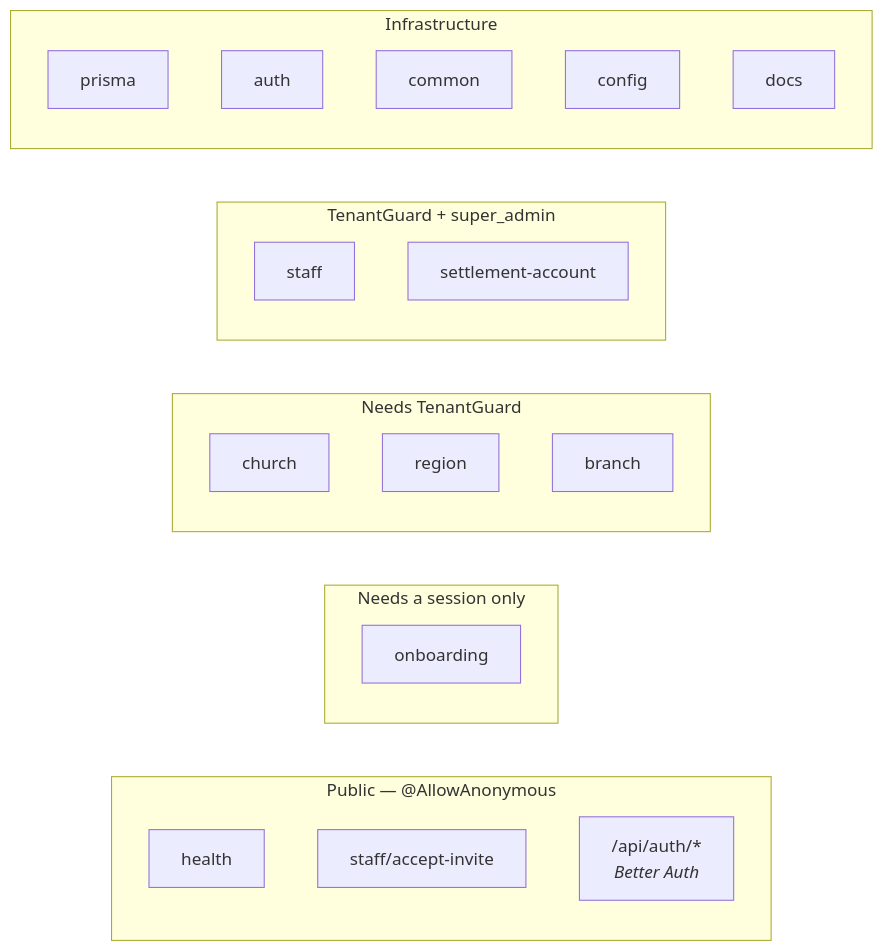
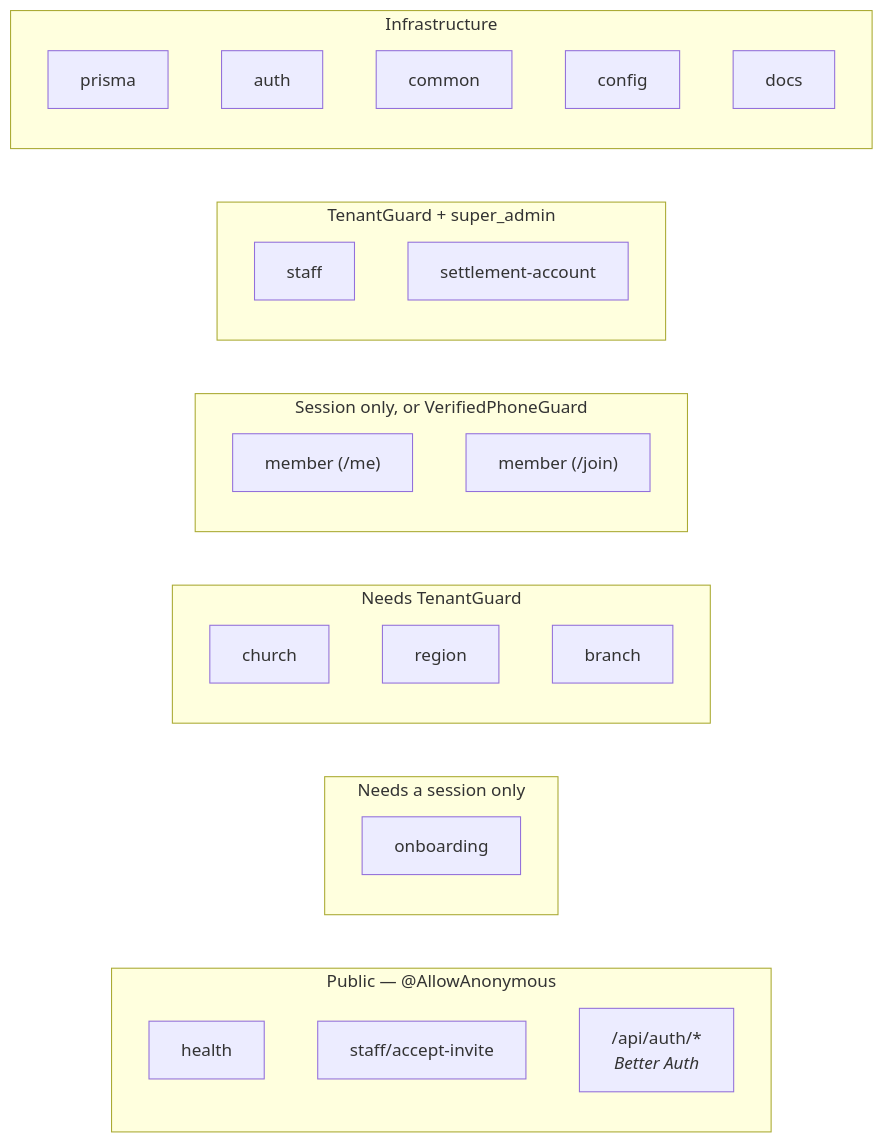
One commit to chuba-cn/koru changed the third of 4 diagrams in docs/architecture.md. Above: the diagram before and after it, drawn with Mermaid. The commit also changed other lines of this file and 23 other files, not shown here.

````diff
--- a/docs/architecture.md
+++ b/docs/architecture.md
@@ -108,31 +108,36 @@
 ```mermaid
 graph LR
     subgraph public["Public — @AllowAnonymous"]
         health["health"]
         accept["staff/accept-invite"]
         ba["/api/auth/*<br/><i>Better Auth</i>"]
     end
 
     subgraph session["Needs a session only"]
         onboarding["onboarding"]
     end
 
     subgraph tenant["Needs TenantGuard"]
         church["church"]
         region["region"]
         branch["branch"]
     end
 
+    subgraph memberzone["Session only, or VerifiedPhoneGuard"]
+        member["member (/me)"]
+        join["member (/join)"]
+    end
+
     subgraph admin["TenantGuard + super_admin"]
         staff["staff"]
         settlement["settlement-account"]
     end
 
     subgraph infra["Infrastructure"]
         prisma["prisma"]
         auth["auth"]
         common["common"]
         config["config"]
         docs["docs"]
     end
 ```
````
